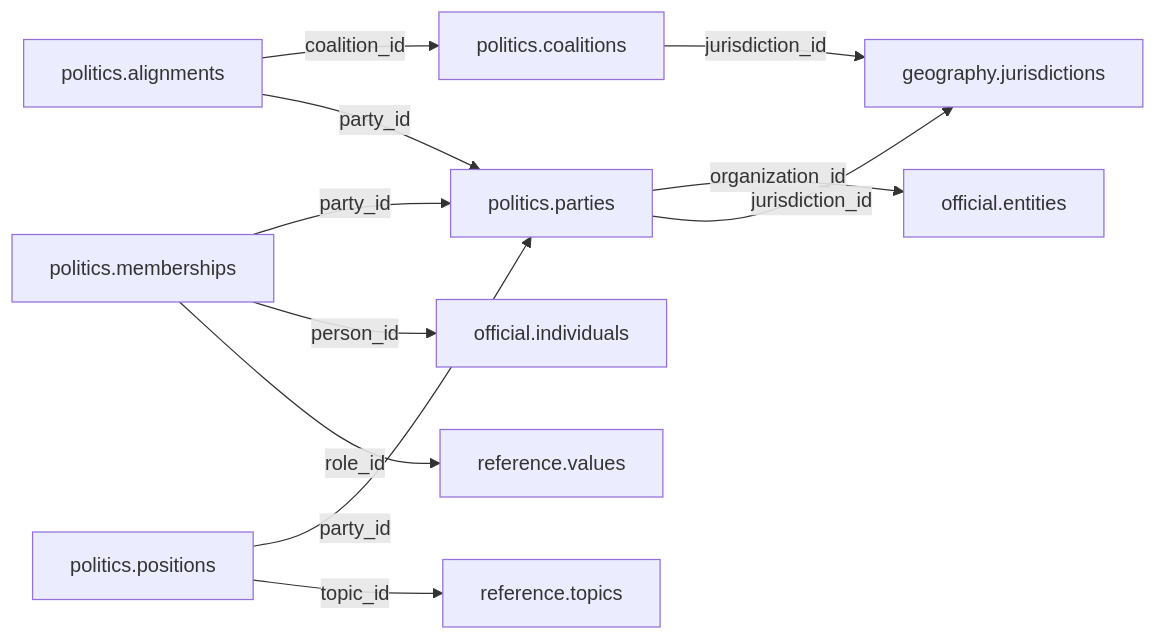
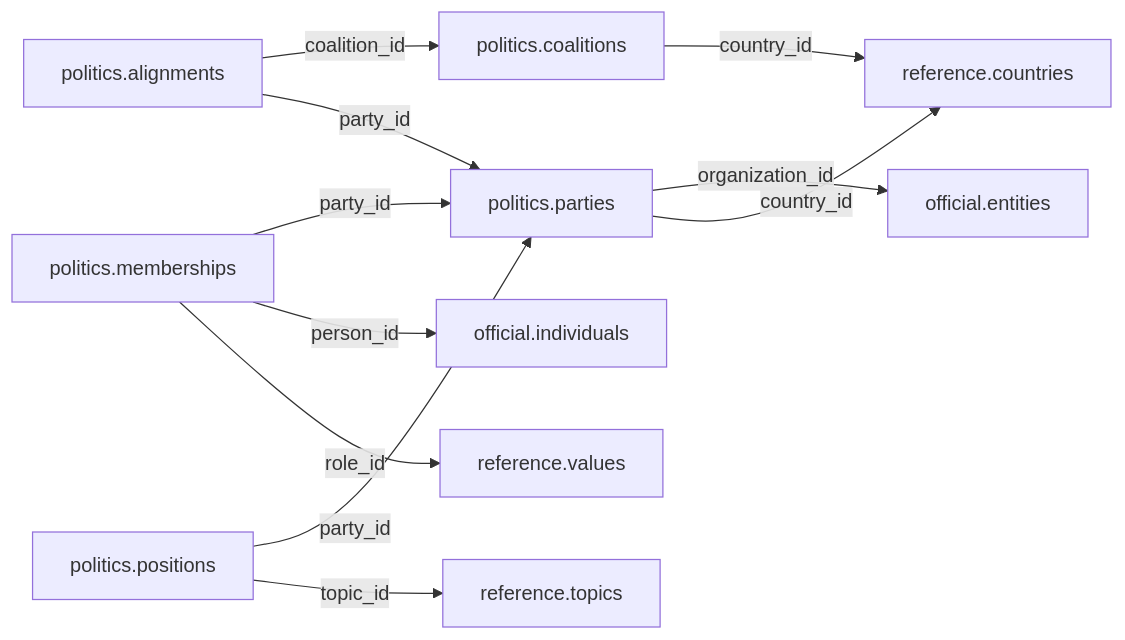
Before and after one commit to alidantech-org/mzizi.africa: the second of 2 diagrams in .docs/_plan/schema-redesign/mzizi-db/phase-01/politics.md, drawn with Mermaid. The commit also changed other lines of this file and 123 other files, not shown here.

````diff
--- a/.docs/_plan/schema-redesign/mzizi-db/phase-01/politics.md
+++ b/.docs/_plan/schema-redesign/mzizi-db/phase-01/politics.md
@@ -435,23 +435,23 @@
 ```mermaid
 flowchart LR
-  geography_jurisdictions["geography.jurisdictions"]
+  reference_countries["reference.countries"]
   official_entities["official.entities"]
   official_individuals["official.individuals"]
   politics_alignments["politics.alignments"]
   politics_coalitions["politics.coalitions"]
   politics_memberships["politics.memberships"]
   politics_parties["politics.parties"]
   politics_positions["politics.positions"]
   reference_topics["reference.topics"]
   reference_values["reference.values"]
   politics_parties -->|organization_id| official_entities
-  politics_parties -->|jurisdiction_id| geography_jurisdictions
+  politics_parties -->|country_id| reference_countries
   politics_memberships -->|party_id| politics_parties
   politics_memberships -->|person_id| official_individuals
   politics_memberships -->|role_id| reference_values
-  politics_coalitions -->|jurisdiction_id| geography_jurisdictions
+  politics_coalitions -->|country_id| reference_countries
   politics_alignments -->|coalition_id| politics_coalitions
   politics_alignments -->|party_id| politics_parties
   politics_positions -->|party_id| politics_parties
   politics_positions -->|topic_id| reference_topics
 ```
````
